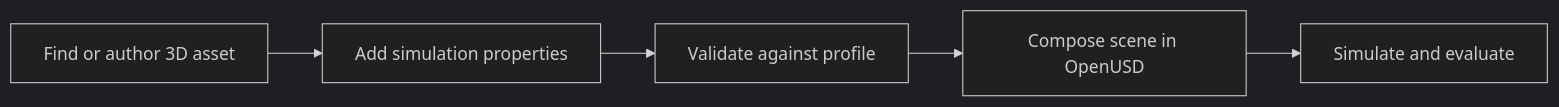
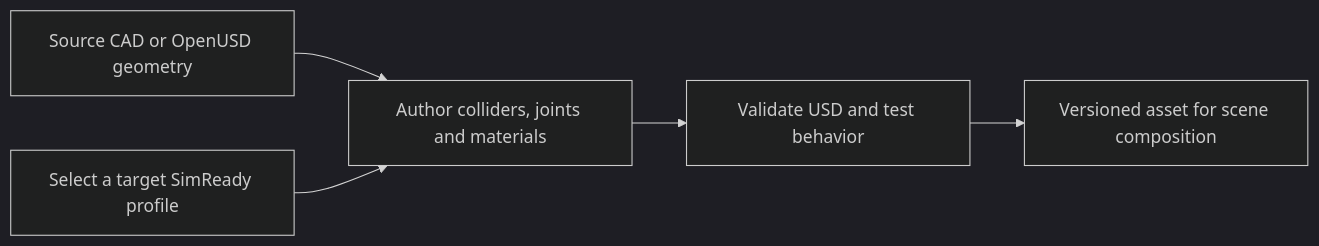
One commit to james-joobs/awesome-nvidia-physical-ai changed the diagram in docs/en/simready.md. Above: the diagram before and after it, drawn with Mermaid (dark theme). The commit also changed other lines of this file and 187 other files, not shown here.

Commit message:
Expand bilingual guides with official architecture references

````diff
--- a/docs/en/simready.md
+++ b/docs/en/simready.md
@@ -21,4 +17,12 @@
 ```mermaid
 flowchart LR
-  A["Find or author 3D asset"] --> B["Add simulation properties"] --> C["Validate against profile"] --> D["Compose scene in OpenUSD"] --> E["Simulate and evaluate"]
+    cad["Source CAD or OpenUSD geometry"]
+    author["Author colliders, joints and materials"]
+    profile["Select a target SimReady profile"]
+    check["Validate USD and test behavior"]
+    asset["Versioned asset for scene composition"]
+    cad --> author
+    profile --> author
+    author --> check
+    check --> asset
 ```
````
